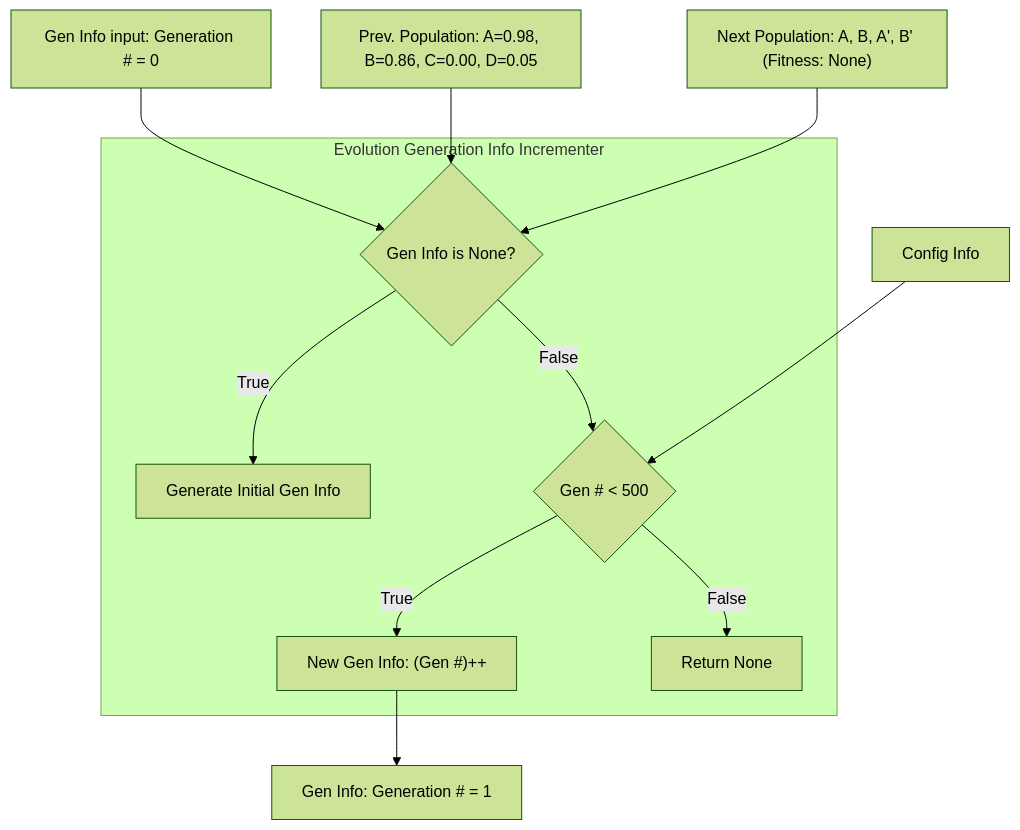
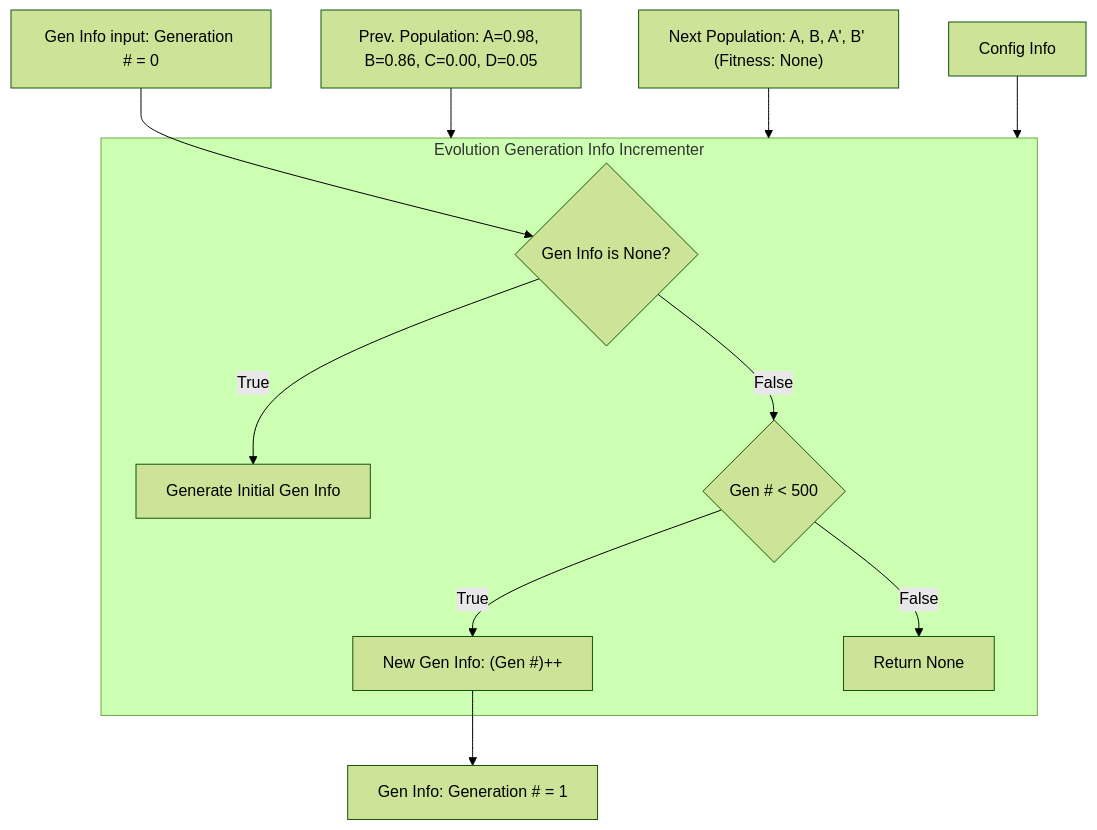
Before and after one commit to evolvablehardware/BitstreamEvolution: diagram 21 of 22 in docs/sphinx/source/architecture/index.rst, drawn with Mermaid (forest theme). The commit also changed other lines of this file and 28 other files, not shown here.

```diff
--- a/docs/sphinx/source/architecture/index.rst
+++ b/docs/sphinx/source/architecture/index.rst
@@ -509,23 +581,23 @@
 .. mermaid::
 
    flowchart TD
        geninfoin9["Gen Info input: Generation # = 0"]
        prevpop9["Prev. Population: A=0.98, B=0.86, C=0.00, D=0.05"]
        nextpop9["Next Population: A, B, A', B' (Fitness: None)"]
        config9["Config Info"]
        subgraph Incr9["Evolution Generation Info Incrementer"]
            isnone9{"Gen Info is None?"}
            initgen9["Generate Initial Gen Info"]
            genchk9{"Gen # < 500"}
            increment9["New Gen Info: (Gen #)++"]
            retnone9["Return None"]
            isnone9 -->|"True"| initgen9
            isnone9 -->|"False"| genchk9
            genchk9 -->|"True"| increment9
            genchk9 -->|"False"| retnone9
        end
        geninfoin9 --> isnone9
-       prevpop9 --> isnone9
-       nextpop9 --> isnone9
-       config9 --> genchk9
+       prevpop9 --> Incr9
+       nextpop9 --> Incr9
+       config9 --> Incr9
        increment9 --> out9["Gen Info: Generation # = 1"]
```
